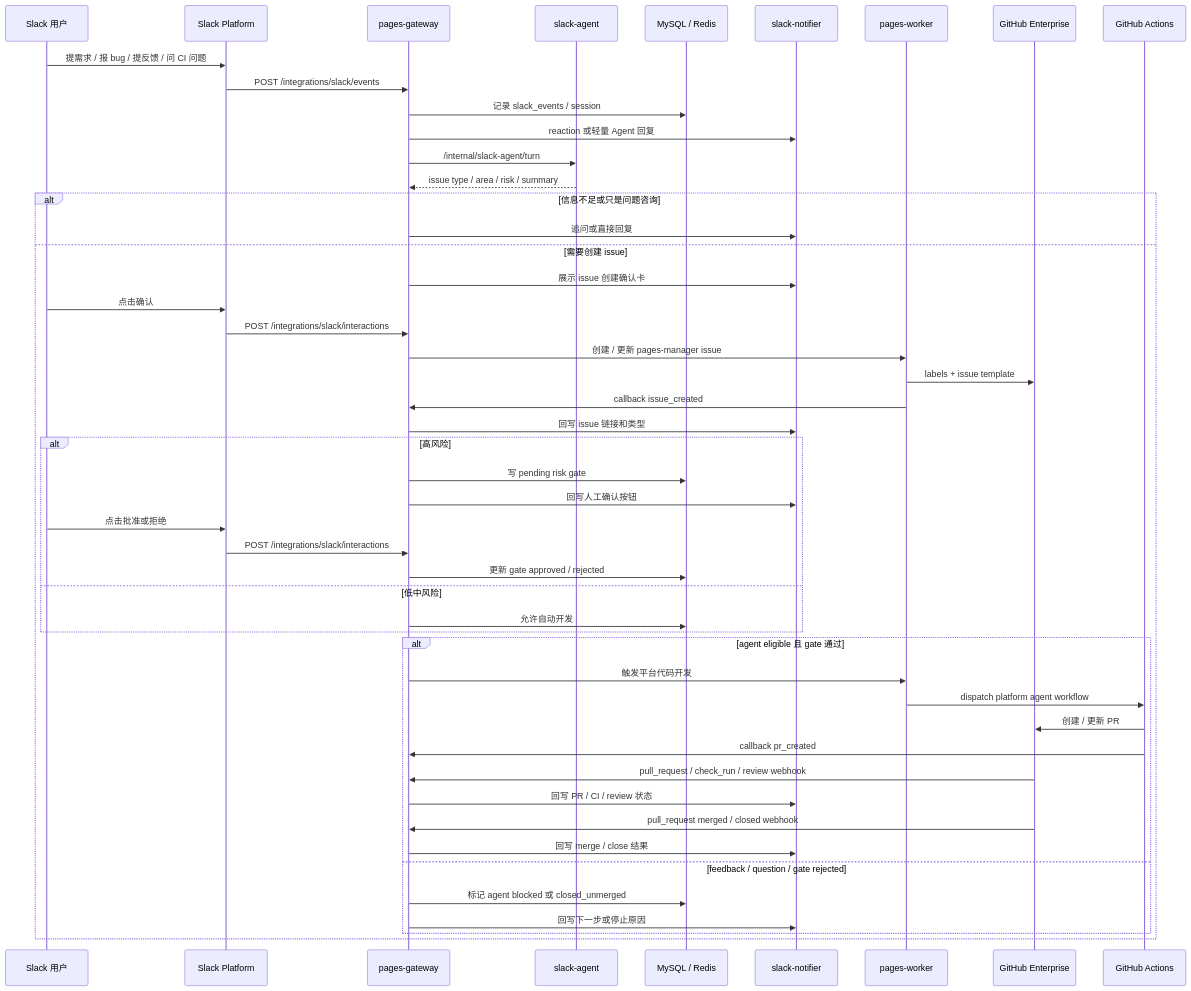
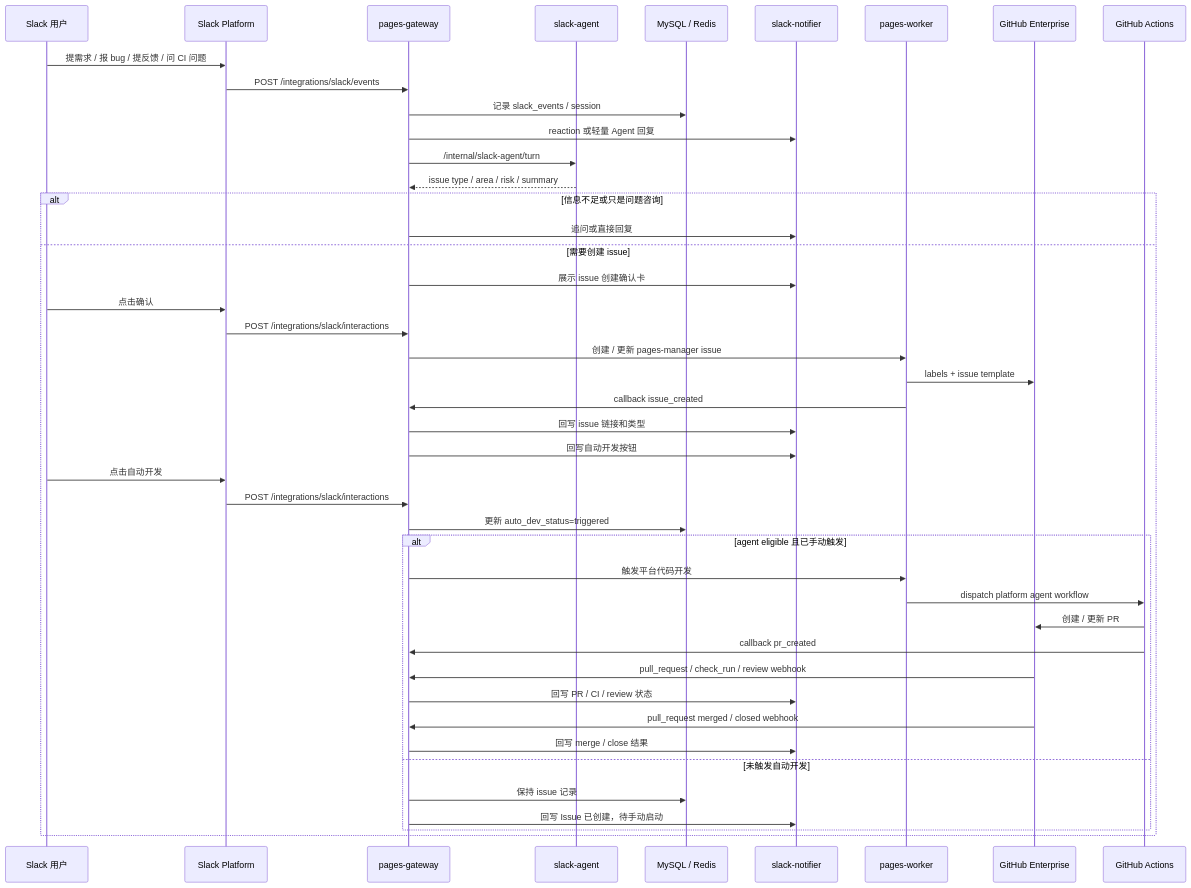
One commit to qaj701224-blip/pages-manager changed the second of 2 diagrams in docs/architecture/end-to-end-flow.md. Above: the diagram before and after it, drawn with Mermaid. The commit also changed other lines of this file and 62 other files, not shown here.

````diff
--- a/docs/architecture/end-to-end-flow.md
+++ b/docs/architecture/end-to-end-flow.md
@@ -106,55 +106,50 @@
 ```mermaid
 sequenceDiagram
   participant U as Slack 用户
   participant S as Slack Platform
   participant G as pages-gateway
   participant A as slack-agent
   participant DB as MySQL / Redis
   participant N as slack-notifier
   participant W as pages-worker
   participant GH as GitHub Enterprise
   participant ACT as GitHub Actions
 
   U->>S: 提需求 / 报 bug / 提反馈 / 问 CI 问题
   S->>G: POST /integrations/slack/events
   G->>DB: 记录 slack_events / session
   G->>N: reaction 或轻量 Agent 回复
   G->>A: /internal/slack-agent/turn
   A-->>G: issue type / area / risk / summary
 
   alt 信息不足或只是问题咨询
     G->>N: 追问或直接回复
   else 需要创建 issue
     G->>N: 展示 issue 创建确认卡
     U->>S: 点击确认
     S->>G: POST /integrations/slack/interactions
     G->>W: 创建 / 更新 pages-manager issue
     W->>GH: labels + issue template
     W->>G: callback issue_created
     G->>N: 回写 issue 链接和类型
 
-    alt 高风险
-      G->>DB: 写 pending risk gate
-      G->>N: 回写人工确认按钮
-      U->>S: 点击批准或拒绝
-      S->>G: POST /integrations/slack/interactions
-      G->>DB: 更新 gate approved / rejected
-    else 低中风险
-      G->>DB: 允许自动开发
-    end
+    G->>N: 回写自动开发按钮
+    U->>S: 点击自动开发
+    S->>G: POST /integrations/slack/interactions
+    G->>DB: 更新 auto_dev_status=triggered
 
-    alt agent eligible 且 gate 通过
+    alt agent eligible 且已手动触发
       G->>W: 触发平台代码开发
       W->>ACT: dispatch platform agent workflow
       ACT->>GH: 创建 / 更新 PR
       ACT->>G: callback pr_created
       GH->>G: pull_request / check_run / review webhook
       G->>N: 回写 PR / CI / review 状态
       GH->>G: pull_request merged / closed webhook
       G->>N: 回写 merge / close 结果
-    else feedback / question / gate rejected
-      G->>DB: 标记 agent blocked 或 closed_unmerged
-      G->>N: 回写下一步或停止原因
+    else 未触发自动开发
+      G->>DB: 保持 issue 记录
+      G->>N: 回写 Issue 已创建，待手动启动
     end
   end
 ```
````
